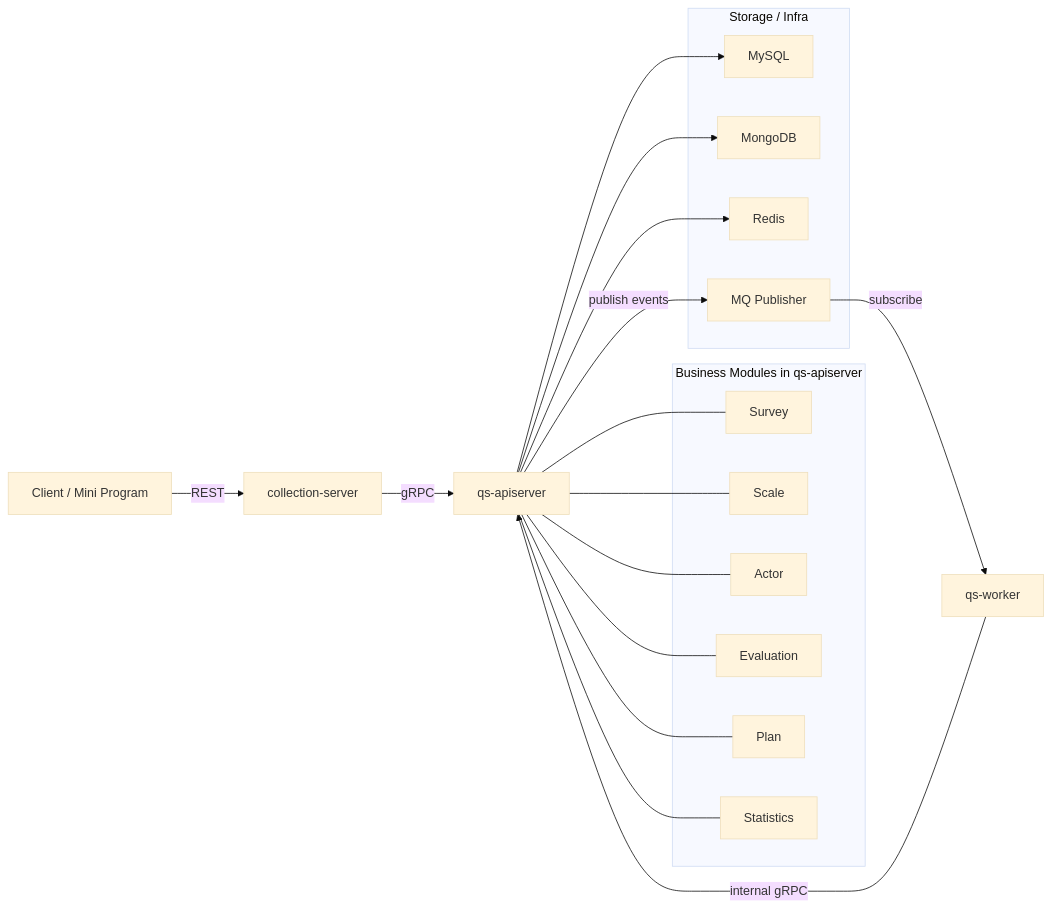
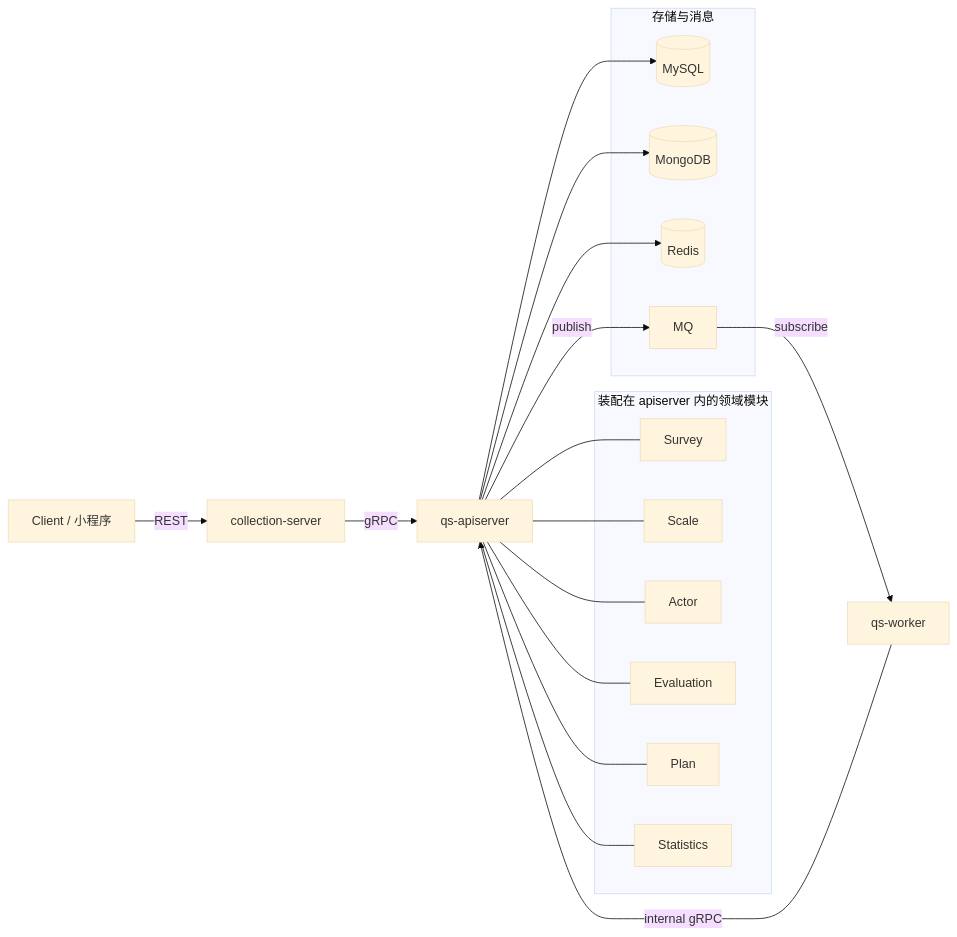
The diagram in docs/00-总览/01-系统地图.md (FangcunMount/qs-server), drawn with Mermaid (base theme) before and after one commit. The commit also changed other lines of this file and 8 other files, not shown here.

````diff
--- a/docs/00-总览/01-系统地图.md
+++ b/docs/00-总览/01-系统地图.md
@@ -21,41 +27,41 @@
 ```mermaid
 flowchart LR
-    client[Client / Mini Program]
+    client[Client / 小程序]
 
-    collection[collection-server]
-    apiserver[qs-apiserver]
-    worker[qs-worker]
+    col[collection-server]
+    api[qs-apiserver]
+    w[qs-worker]
 
-    subgraph modules[Business Modules in qs-apiserver]
+    subgraph dom[装配在 apiserver 内的领域模块]
         survey[Survey]
         scale[Scale]
         actor[Actor]
-        evaluation[Evaluation]
+        eval[Evaluation]
         plan[Plan]
-        statistics[Statistics]
+        stat[Statistics]
     end
 
-    subgraph storage[Storage / Infra]
-        mysql[MySQL]
-        mongo[MongoDB]
-        redis[Redis]
-        mq[MQ Publisher]
+    subgraph store[存储与消息]
+        mysql[(MySQL)]
+        mongo[(MongoDB)]
+        redis[(Redis)]
+        mq[MQ]
     end
 
-    client -->|REST| collection
-    collection -->|gRPC| apiserver
-    worker -->|internal gRPC| apiserver
-    apiserver -->|publish events| mq
-    mq -->|subscribe| worker
+    client -->|REST| col
+    col -->|gRPC| api
+    w -->|internal gRPC| api
+    api -->|publish| mq
+    mq -->|subscribe| w
 
-    apiserver --- survey
-    apiserver --- scale
-    apiserver --- actor
-    apiserver --- evaluation
-    apiserver --- plan
-    apiserver --- statistics
+    api --- survey
+    api --- scale
+    api --- actor
+    api --- eval
+    api --- plan
+    api --- stat
 
-    apiserver --> mysql
-    apiserver --> mongo
-    apiserver --> redis
+    api --> mysql
+    api --> mongo
+    api --> redis
 ```
````
